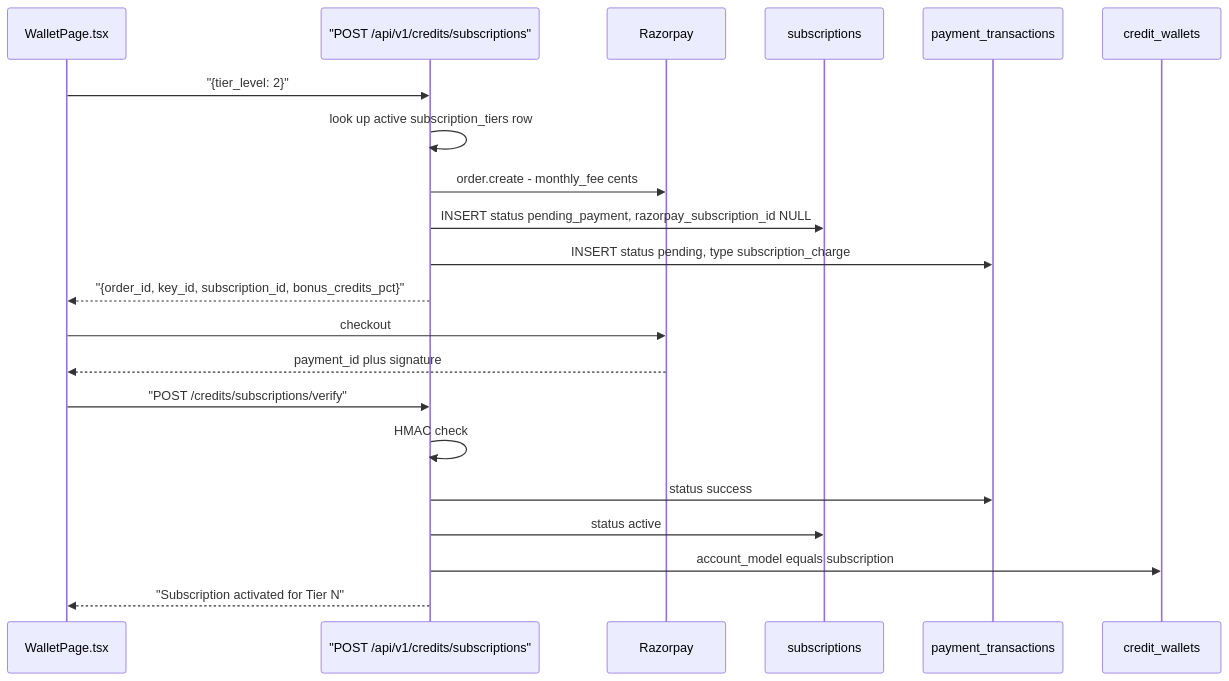
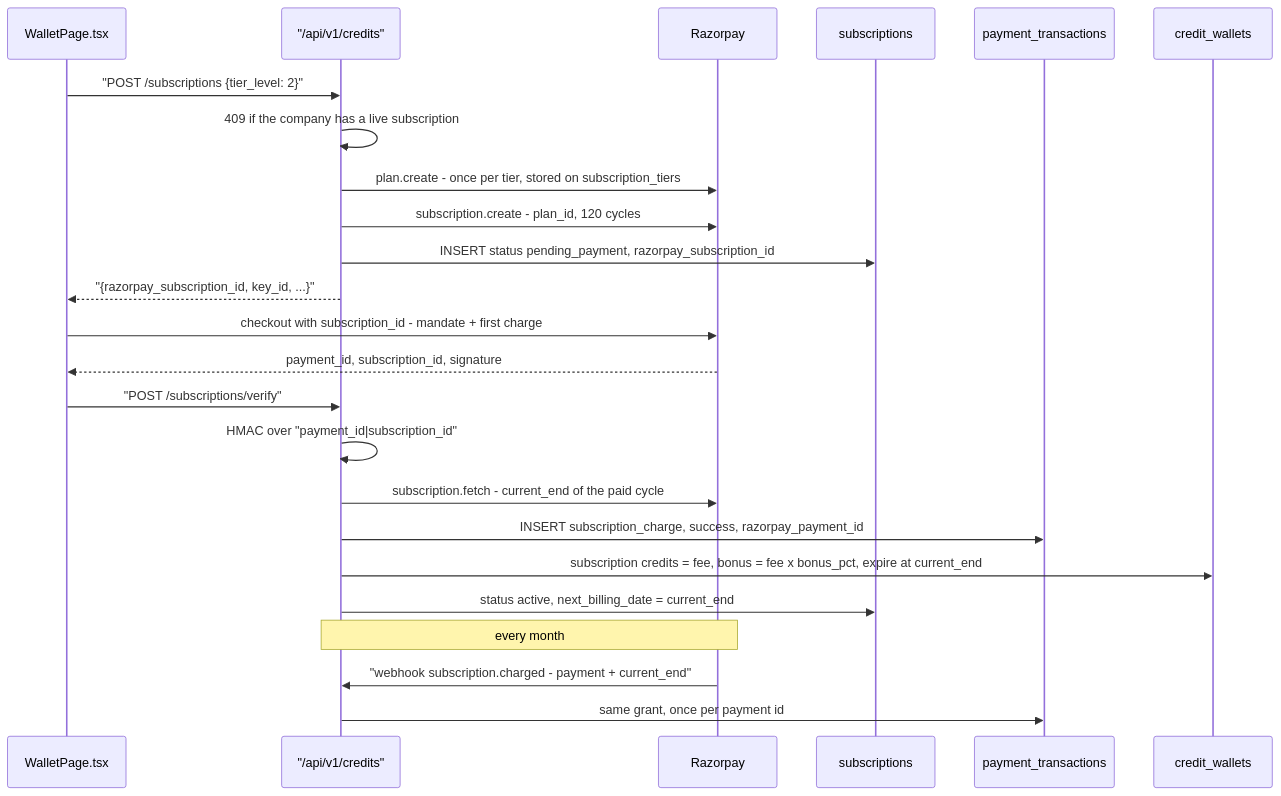
Before and after one commit to gondolerahul/hire-buddha-app: diagram 20 of 25 in docs/current/14-billing-and-credits.md, drawn with Mermaid. The commit also changed other lines of this file and 10 other files, not shown here.

````diff
--- a/docs/current/14-billing-and-credits.md
+++ b/docs/current/14-billing-and-credits.md
@@ -1070,24 +1081,27 @@
 ```mermaid
 sequenceDiagram
     participant FE as WalletPage.tsx
-    participant BE as "POST /api/v1/credits/subscriptions"
+    participant BE as "/api/v1/credits"
     participant RZ as Razorpay
     participant SUB as subscriptions
     participant PT as payment_transactions
     participant CW as credit_wallets
 
-    FE->>BE: "{tier_level: 2}"
-    BE->>BE: look up active subscription_tiers row
-    BE->>RZ: order.create - monthly_fee cents
-    BE->>SUB: INSERT status pending_payment, razorpay_subscription_id NULL
-    BE->>PT: INSERT status pending, type subscription_charge
-    BE-->>FE: "{order_id, key_id, subscription_id, bonus_credits_pct}"
-    FE->>RZ: checkout
-    RZ-->>FE: payment_id plus signature
-    FE->>BE: "POST /credits/subscriptions/verify"
-    BE->>BE: HMAC check
-    BE->>PT: status success
-    BE->>SUB: status active
-    BE->>CW: account_model equals subscription
-    BE-->>FE: "Subscription activated for Tier N"
+    FE->>BE: "POST /subscriptions {tier_level: 2}"
+    BE->>BE: 409 if the company has a live subscription
+    BE->>RZ: plan.create - once per tier, stored on subscription_tiers
+    BE->>RZ: subscription.create - plan_id, 120 cycles
+    BE->>SUB: INSERT status pending_payment, razorpay_subscription_id
+    BE-->>FE: "{razorpay_subscription_id, key_id, ...}"
+    FE->>RZ: checkout with subscription_id - mandate + first charge
+    RZ-->>FE: payment_id, subscription_id, signature
+    FE->>BE: "POST /subscriptions/verify"
+    BE->>BE: HMAC over "payment_id|subscription_id"
+    BE->>RZ: subscription.fetch - current_end of the paid cycle
+    BE->>PT: INSERT subscription_charge, success, razorpay_payment_id
+    BE->>CW: subscription credits = fee, bonus = fee x bonus_pct, expire at current_end
+    BE->>SUB: status active, next_billing_date = current_end
+    Note over RZ,BE: every month
+    RZ->>BE: "webhook subscription.charged - payment + current_end"
+    BE->>PT: same grant, once per payment id
 ```
````
